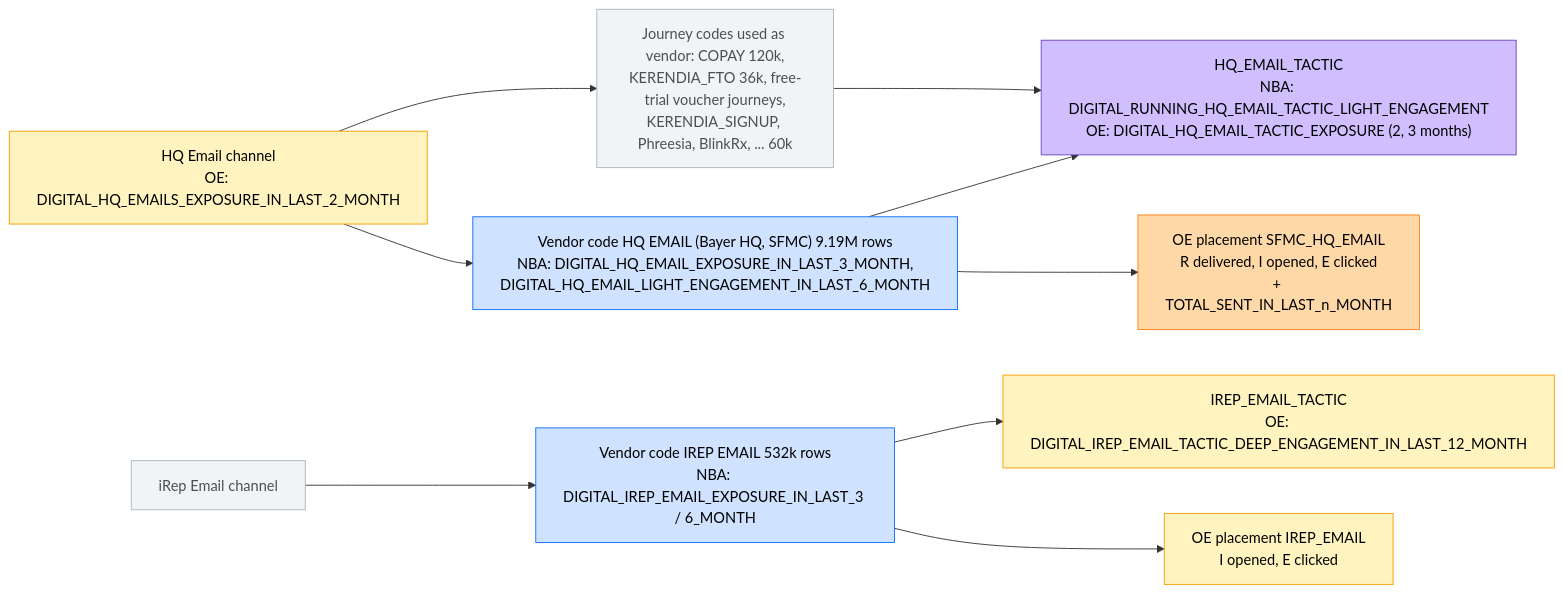
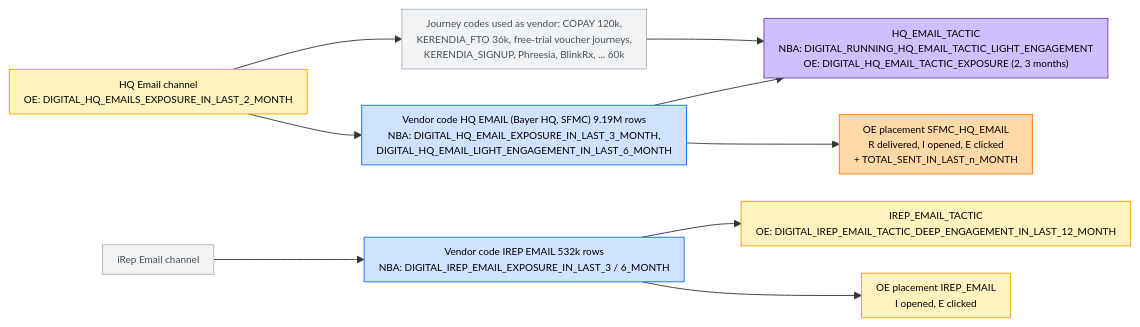
The fifth of 7 diagrams in NBA 3.1 - Dev/04_Promotional_Features/non_personal_promotional_features/01_digital_entity_map_vendor_channel_tactic_content.md (WenjieAtBayer/kerendia_nba_3_1_develop), drawn with Mermaid before and after one commit. The commit also changed other lines of this file, not shown here.

Commit message:
style: shrink Mermaid node font to 11px and widen wrapping for long feature names

````diff
--- a/NBA 3.1 - Dev/04_Promotional_Features/non_personal_promotional_features/01_digital_entity_map_vendor_channel_tactic_content.md
+++ b/NBA 3.1 - Dev/04_Promotional_Features/non_personal_promotional_features/01_digital_entity_map_vendor_channel_tactic_content.md
@@ -272,29 +276,30 @@
 ```mermaid
+%%{init: {"themeVariables": {"fontSize": "11px"}, "flowchart": {"htmlLabels": true, "wrappingWidth": 600, "padding": 8, "nodeSpacing": 30, "rankSpacing": 60}}}%%
 flowchart LR
     HQ["HQ Email channel<br/>OE: DIGITAL_HQ_EMAILS_EXPOSURE_IN_LAST_2_MONTH"]
     HQ --> HQV["Vendor code HQ EMAIL (Bayer HQ, SFMC) 9.19M rows<br/>NBA: DIGITAL_HQ_EMAIL_EXPOSURE_IN_LAST_3_MONTH,<br/>DIGITAL_HQ_EMAIL_LIGHT_ENGAGEMENT_IN_LAST_6_MONTH"]
     HQ --> HQJ["Journey codes used as vendor: COPAY 120k,<br/>KERENDIA_FTO 36k, free-trial voucher journeys,<br/>KERENDIA_SIGNUP, Phreesia, BlinkRx, ... 60k"]
     HQV --> T_HQ["HQ_EMAIL_TACTIC<br/>NBA: DIGITAL_RUNNING_HQ_EMAIL_TACTIC_LIGHT_ENGAGEMENT<br/>OE: DIGITAL_HQ_EMAIL_TACTIC_EXPOSURE (2, 3 months)"]
     HQJ --> T_HQ
     HQV --> SFMC["OE placement SFMC_HQ_EMAIL<br/>R delivered, I opened, E clicked<br/>+ TOTAL_SENT_IN_LAST_n_MONTH"]
 
     IR["iRep Email channel"]
     IR --> IRV["Vendor code IREP EMAIL 532k rows<br/>NBA: DIGITAL_IREP_EMAIL_EXPOSURE_IN_LAST_3 / 6_MONTH"]
     IRV --> T_IR["IREP_EMAIL_TACTIC<br/>OE: DIGITAL_IREP_EMAIL_TACTIC_DEEP_ENGAGEMENT_IN_LAST_12_MONTH"]
     IRV --> IRE["OE placement IREP_EMAIL<br/>I opened, E clicked"]
 
     classDef nbaM fill:#cfe2ff,stroke:#0d6efd,color:#000
     classDef oeR fill:#ffd8a8,stroke:#fd7e14,color:#000
     classDef oeF fill:#fff3bf,stroke:#f59f00,color:#000
     classDef both fill:#d0bfff,stroke:#6f42c1,color:#000
     classDef nbaB fill:#f1f3f5,stroke:#adb5bd,color:#495057
 
     class HQ oeF
     class HQV nbaM
     class HQJ nbaB
     class T_HQ both
     class SFMC oeR
     class IR nbaB
     class IRV nbaM
     class T_IR,IRE oeF
 ```
````
